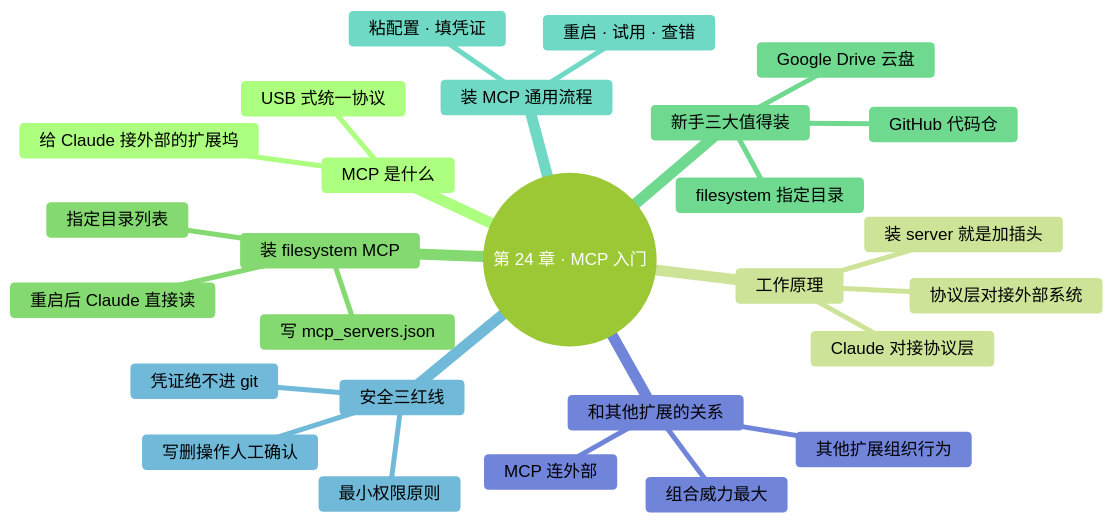
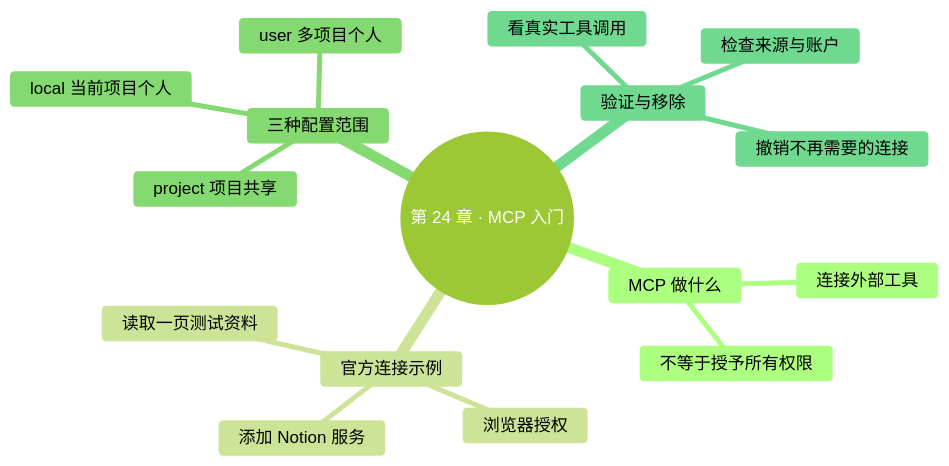
Before and after one commit to mali9527/claude-code-full-guide-for-beginners: the diagram in manuscript/part5-扩展能力/24-MCP入门.md, drawn with Mermaid. The commit also changed other lines of this file and 130 other files, not shown here.

````diff
--- a/manuscript/part5-扩展能力/24-MCP入门.md
+++ b/manuscript/part5-扩展能力/24-MCP入门.md
@@ -20,38 +22,27 @@
 ```mermaid
 ---
 config:
   theme: forest
   themeVariables:
     fontFamily: "-apple-system, 'SF Pro Text', 'PingFang SC', 'Helvetica Neue', sans-serif"
     fontSize: "17px"
     lineColor: "#D9D9D9"
 ---
 mindmap
   root((第 24 章 · MCP 入门))
-    MCP 是什么
-      给 Claude 接外部的扩展坞
-      USB 式统一协议
-    工作原理
-      Claude 对接协议层
-      协议层对接外部系统
-      装 server 就是加插头
-    装 filesystem MCP
-      写 mcp_servers.json
-      指定目录列表
-      重启后 Claude 直接读
-    新手三大值得装
-      filesystem 指定目录
-      Google Drive 云盘
-      GitHub 代码仓
-    装 MCP 通用流程
-      粘配置 · 填凭证
-      重启 · 试用 · 查错
-    安全三红线
-      最小权限原则
-      凭证绝不进 git
-      写删操作人工确认
-    和其他扩展的关系
-      MCP 连外部
-      其他扩展组织行为
-      组合威力最大
+    MCP 做什么
+      连接外部工具
+      不等于授予所有权限
+    官方连接示例
+      添加 Notion 服务
+      浏览器授权
+      读取一页测试资料
+    三种配置范围
+      local 当前项目个人
+      project 项目共享
+      user 多项目个人
+    验证与移除
+      看真实工具调用
+      检查来源与账户
+      撤销不再需要的连接
 ```
````
